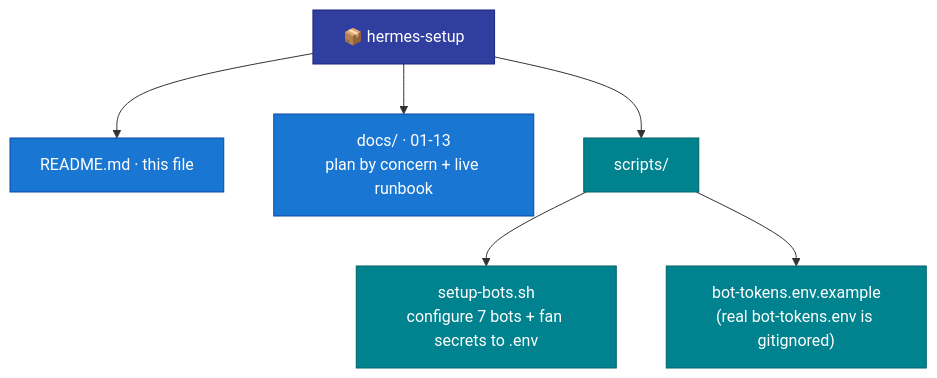
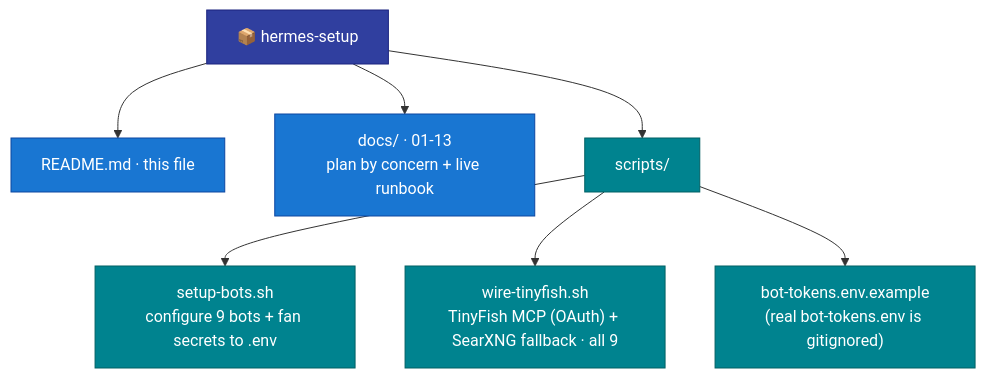
One commit to mpolatcan/hermes-setup changed the fifth of 5 diagrams in README.md. Above: the diagram before and after it, drawn with Mermaid. The commit also changed other lines of this file and 2 other files, not shown here.

First line of the commit message:
docs: fleet is 9 (add personal tier to diagram) + Telegram streaming on

````diff
--- a/README.md
+++ b/README.md
@@ -253,12 +266,13 @@
 ```mermaid
 flowchart TB
     root["📦 hermes-setup"]:::root
     root --> readme["README.md · this file"]:::doc
     root --> docs["docs/ · 01-13<br/>plan by concern + live runbook"]:::doc
     root --> scripts["scripts/"]:::svc
-    scripts --> sb["setup-bots.sh<br/>configure 7 bots + fan secrets to .env"]:::svc
+    scripts --> sb["setup-bots.sh<br/>configure 9 bots + fan secrets to .env"]:::svc
+    scripts --> wt["wire-tinyfish.sh<br/>TinyFish MCP (OAuth) + SearXNG fallback · all 9"]:::svc
     scripts --> ex["bot-tokens.env.example<br/>(real bot-tokens.env is gitignored)"]:::svc
     classDef root fill:#303F9F,stroke:#1A237E,color:#fff
     classDef doc fill:#1976D2,stroke:#0D47A1,color:#fff
     classDef svc fill:#00838F,stroke:#006064,color:#fff
 ```
````
